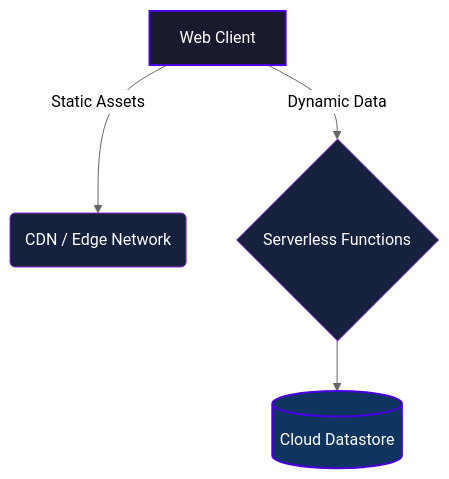
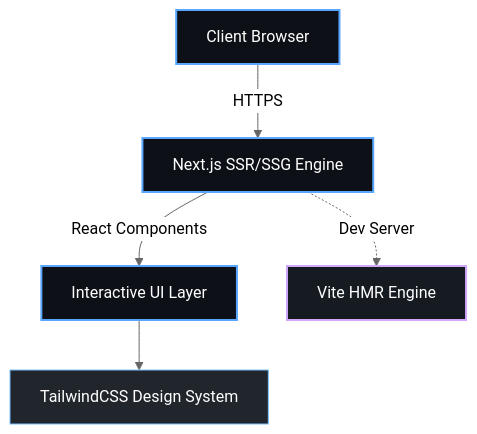
Before and after one commit to Nytrynox/Infinallnextjs: the diagram in README.md, drawn with Mermaid (neutral theme). The commit also changed other lines of this file, not shown here.

Commit message:
docs: Deploy analyzed project-specific README with real architecture

````diff
--- a/README.md
+++ b/README.md
@@ -31,14 +32,14 @@
 ```mermaid
 graph TD;
-    A[Web Client] -->|Static Assets| B(CDN / Edge Network);
-    A -->|Dynamic Data| C{Serverless Functions};
-    C --> D[(Cloud Datastore)];
-    
-    classDef primary fill:#1a1a2e,stroke:#4a00e0,stroke-width:2px,color:#fff;
-    classDef secondary fill:#16213e,stroke:#8e2de2,stroke-width:1px,color:#fff;
-    classDef database fill:#0f3460,stroke:#4a00e0,stroke-width:2px,color:#fff;
-    
-    class A primary;
-    class B,C secondary;
-    class D database;
+    A["Client Browser"] -->|HTTPS| B["Next.js SSR/SSG Engine"];
+    B -->|React Components| C["Interactive UI Layer"];
+    C --> D["TailwindCSS Design System"];
+    B -.->|Dev Server| E["Vite HMR Engine"];
+
+    classDef frontend fill:#0d1117,stroke:#58a6ff,stroke-width:2px,color:#fff;
+    classDef backend fill:#161b22,stroke:#d2a8ff,stroke-width:2px,color:#fff;
+    classDef styling fill:#21262d,stroke:#79c0ff,stroke-width:1px,color:#fff;
+    class A,B,C frontend;
+    class D styling;
+    class E,F backend;
 ```
````
